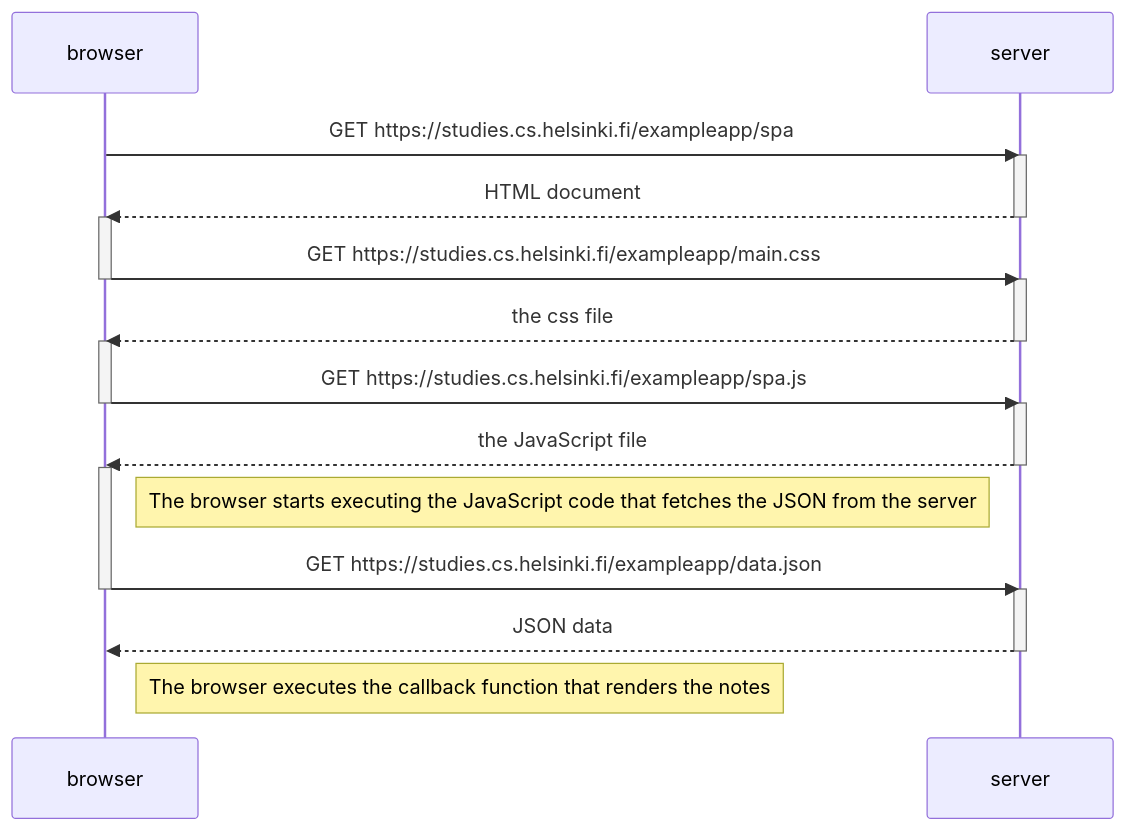
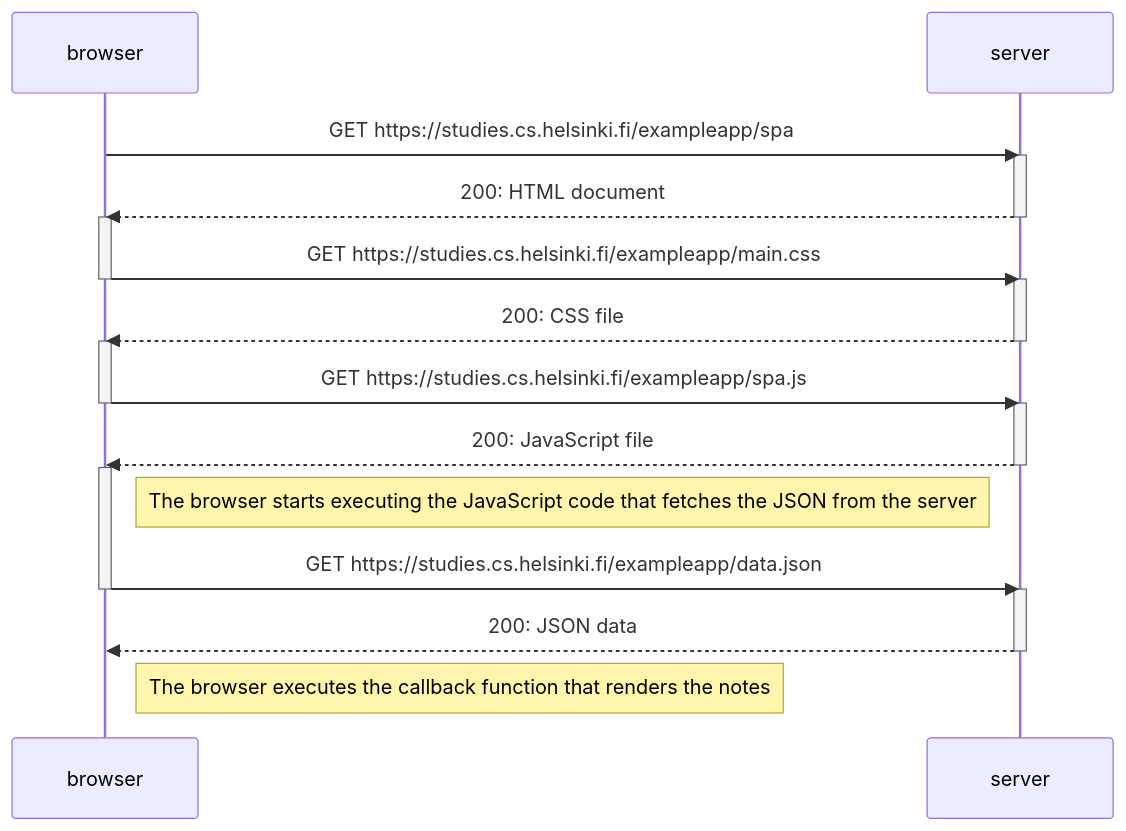
Before and after one commit to watteja/fso-course: the diagram in part0/spa-diagram.md, drawn with Mermaid. The commit also changed 2 other files, not shown here.

Commit message:
Exercise 0.6: New note in Single page app diagram

````diff
--- a/part0/spa-diagram.md
+++ b/part0/spa-diagram.md
@@ -1,34 +1,34 @@
 ```mermaid
 sequenceDiagram
     participant browser
     participant server
 
     browser->>server: GET https://studies.cs.helsinki.fi/exampleapp/spa
     activate server
-    server-->>browser: HTML document
+    server-->>browser: 200: HTML document
     deactivate server
 
     activate browser
     browser->>server: GET https://studies.cs.helsinki.fi/exampleapp/main.css
     deactivate browser
     activate server
-    server-->>browser: the css file
+    server-->>browser: 200: CSS file
     deactivate server
 
     activate browser
     browser->>server: GET https://studies.cs.helsinki.fi/exampleapp/spa.js
     deactivate browser
     activate server
-    server-->>browser: the JavaScript file
+    server-->>browser: 200: JavaScript file
     deactivate server
 
     activate browser
     Note right of browser: The browser starts executing the JavaScript code that fetches the JSON from the server
     browser->>server: GET https://studies.cs.helsinki.fi/exampleapp/data.json
     deactivate browser
     activate server
-    server-->>browser: JSON data
+    server-->>browser: 200: JSON data
     deactivate server
 
     Note right of browser: The browser executes the callback function that renders the notes
 ```
````
